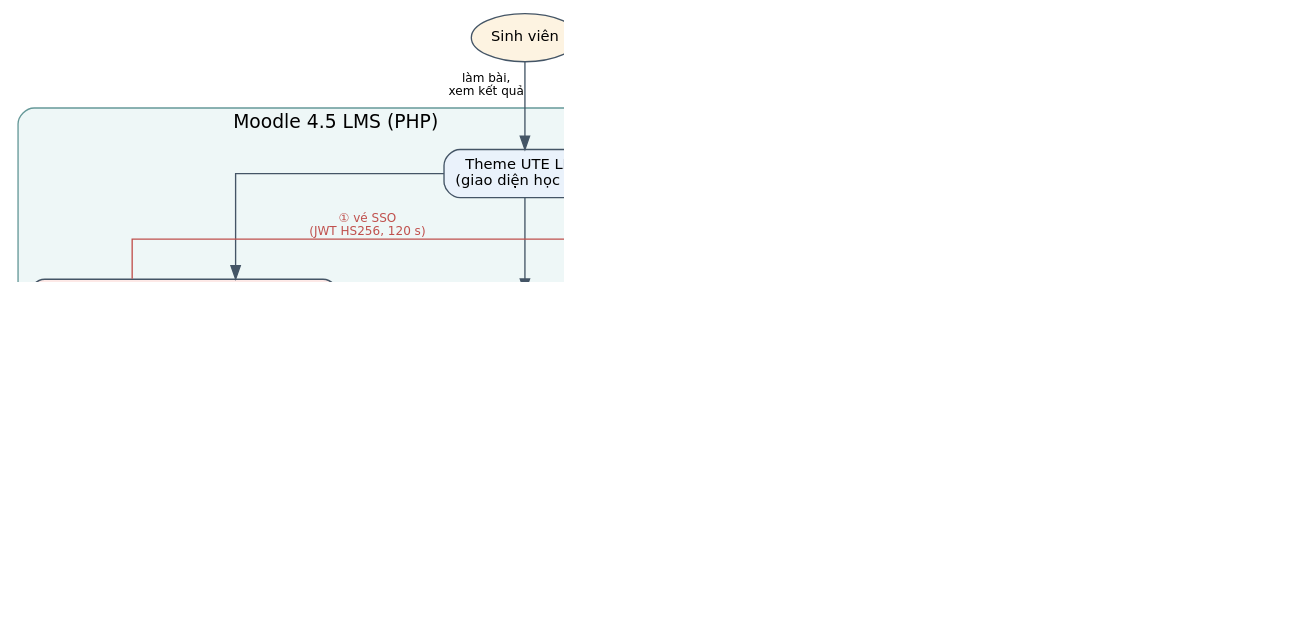
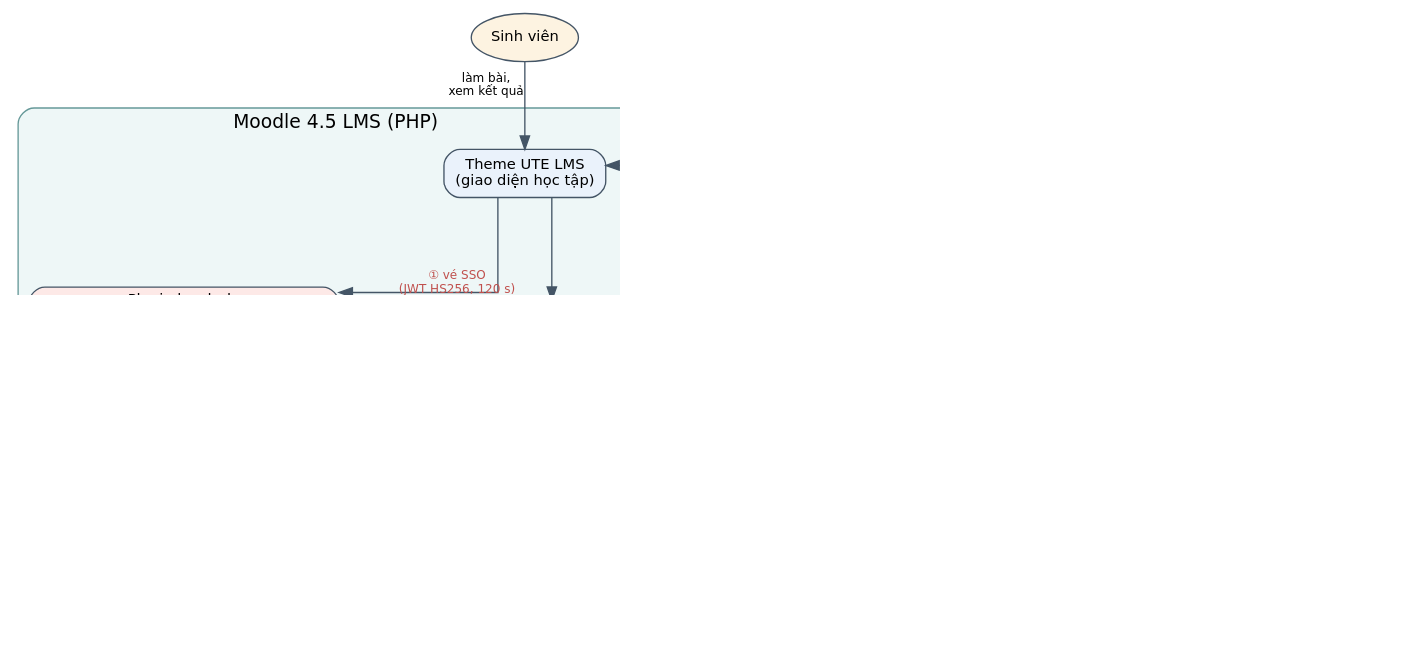
One commit to NguyenTanYen/TLCN changed the diagram in docs/diagrams/arch.dot. Above: the diagram before and after it, drawn with Graphviz. The commit also changed 20 other files, not shown here.

```diff
--- a/docs/diagrams/arch.dot
+++ b/docs/diagrams/arch.dot
@@ -1,32 +1,32 @@
 digraph A { rankdir=TB; graph [fontname="DejaVu Sans", dpi=170, nodesep=0.7, ranksep=0.85, newrank=true, splines=ortho, forcelabels=true];
 node [shape=box, style="rounded,filled", fontname="DejaVu Sans", fontsize=11, fillcolor="#EAF2FB", color="#445566"];
 edge [fontname="DejaVu Sans", fontsize=9, color="#445566"];
 sv [label="Sinh viên", shape=ellipse, fillcolor="#FDF3E1"]; gv [label="Giảng viên", shape=ellipse, fillcolor="#FDF3E1"]; bm [label="Bộ môn /\nQuản trị", shape=ellipse, fillcolor="#FDF3E1"];
 subgraph cluster_lms { label="Moodle 4.5 LMS (PHP)"; style="rounded,filled"; fillcolor="#EEF7F7"; color="#669999";
   theme [label="Theme UTE LMS\n(giao diện học tập)"];
   quiz [label="Quiz · Question bank\nxáo trộn phương án, tự chấm"];
   plugin [label="Plugin local_clo\nnút \"Phân tích CĐR\" (SSO)\nWeb Service create_quiz / push_results\ntrang \"Kết quả phân tích CĐR\"", fillcolor="#FDE9E7"]; }
 subgraph cluster_sys { label="Hệ thống phân tích CĐR (FastAPI + React) – dành cho GV / Bộ môn"; style="rounded,filled"; fillcolor="#F4FBF4"; color="#88AA88";
   spa [label="React 19 SPA\nVite · Chart.js"];
-  routers [label="Routers REST\nauth · catalog · courses · questions · question_io\nexams · sync · lms · analytics · insights · reports"];
-  svc [label="Services\nxml_export · paper · reports_excel\nmoodle (cầu nối) · lms (Web Service)"];
+  routers [label="Routers REST (21 nhóm, 182 endpoint)\nauth · catalog · programs · courses · syllabi · questions · question_io\nexams · paper_exam · grading · rubrics · sync · qsync · lms\nanalytics · insights · remedial · improvement · reports\nsection_materials · dashboard"];
+  svc [label="Services (20 mô-đun)\nxml_export · paper · omr · reports_excel/word · syllabus\nmoodle (cầu nối) · lms (Web Service) · qsync · units\nrag: chỉ mục BM25 + vectơ · kiểm tra đúng môn"];
   ae [label="Analysis Engine (Pandas)\np, DI · CLO → PI → PLO · lộ trình", fillcolor="#FFF4D6"]; }
 subgraph cluster_db { label="MySQL / MariaDB (cùng một máy chủ)"; style="rounded,filled"; fillcolor="#FFFBF2"; color="#AA9966";
   mdb [label="moodle_db\nmdl_* · mdl_local_clo_*", shape=cylinder, fillcolor="#E6F4F4"];
   bridge [label="Cầu nối (chỉ đọc)\nv_mdl_* · sp_sync_exam", shape=component, fillcolor="#FDE9E7"];
-  adb [label="assessment_db\n57 bảng · 10 view", shape=cylinder, fillcolor="#FFF7D6"]; }
+  adb [label="assessment_db\n58 bảng · 10 view", shape=cylinder, fillcolor="#FFF7D6"]; }
 {rank=same; sv; gv; bm;}
 {rank=same; theme; spa;}
 {rank=same; quiz; plugin; routers;}
 {rank=same; svc; ae;}
 {rank=same; mdb; bridge; adb;}
 sv -> theme [xlabel="làm bài,\nxem kết quả"]; gv -> theme; gv -> spa [style=dashed, xlabel="đăng nhập\ntrực tiếp"]; bm -> spa;
 theme -> quiz; theme -> plugin;
 plugin -> routers [xlabel="① vé SSO\n(JWT HS256, 120 s)", color="#C0504D", fontcolor="#C0504D"];
 spa -> routers [xlabel="HTTPS/JSON · JWT"];
 routers -> svc; routers -> ae;
 svc -> plugin [xlabel="② Web Service REST\ntạo Quiz · gửi kết quả", color="#C0504D", fontcolor="#C0504D", constraint=false];
 svc -> bridge [xlabel="③ CALL\nsp_sync_exam"]; ae -> adb;
 bridge -> mdb [xlabel="SELECT", style=dashed, minlen=2]; bridge -> adb [xlabel="ghi", minlen=2];
 quiz -> mdb; plugin -> mdb;
 }
```
